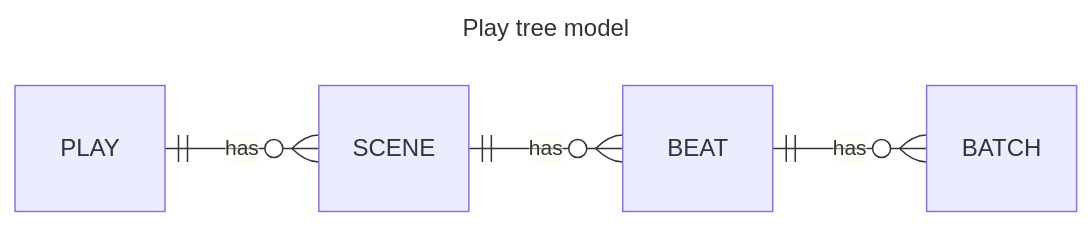
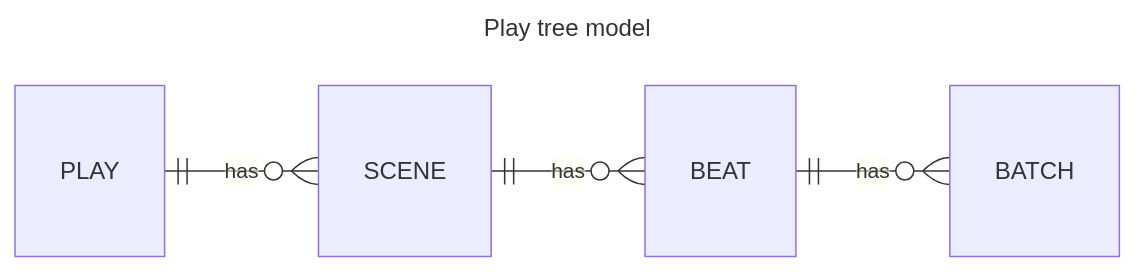
One commit to wgedeon/comfyui_play_traversal changed the diagram in README.md. Above: the diagram before and after it, drawn with Mermaid.

Commit message:
mermaid er padding

````diff
--- a/README.md
+++ b/README.md
@@ -41,11 +41,14 @@
 ```mermaid
 ---
 title: Play tree model
+config:
+  er:
+    diagramPadding: 30
 ---
 erDiagram
     direction LR
 
     PLAY ||--o{ SCENE : has
     SCENE ||--o{ BEAT : has  
     BEAT ||--o{ BATCH : has
 ```
````
